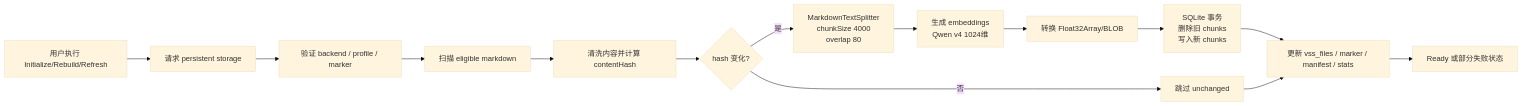
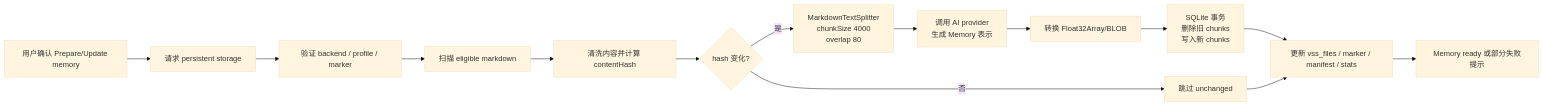
The third of 5 diagrams in docs/vss-sqlite-wasm-architecture.md (edonyzpc/personal-assistant), drawn with Mermaid (base theme) before and after one commit. The commit also changed other lines of this file and 5 other files, not shown here.

Commit message:
docs(memory): document note memory product flow

````diff
--- a/docs/vss-sqlite-wasm-architecture.md
+++ b/docs/vss-sqlite-wasm-architecture.md
@@ -286,16 +314,16 @@
 ```mermaid
 flowchart LR
-  Start["用户执行 Initialize/Rebuild/Refresh"] --> Persist["请求 persistent storage"]
+  Start["用户确认 Prepare/Update memory"] --> Persist["请求 persistent storage"]
   Persist --> Verify["验证 backend / profile / marker"]
   Verify --> Scan["扫描 eligible markdown"]
   Scan --> Hash["清洗内容并计算 contentHash"]
   Hash --> Changed{"hash 变化?"}
   Changed -->|否| Skip["跳过 unchanged"]
   Changed -->|是| Split["MarkdownTextSplitter\nchunkSize 4000\noverlap 80"]
-  Split --> Embed["生成 embeddings\nQwen v4 1024维"]
+  Split --> Embed["调用 AI provider\n生成 Memory 表示"]
   Embed --> Blob["转换 Float32Array/BLOB"]
   Blob --> Tx["SQLite 事务\n删除旧 chunks\n写入新 chunks"]
   Tx --> Update["更新 vss_files / marker / manifest / stats"]
   Skip --> Update
-  Update --> Done["Ready 或部分失败状态"]
+  Update --> Done["Memory ready 或部分失败提示"]
 ```
````
